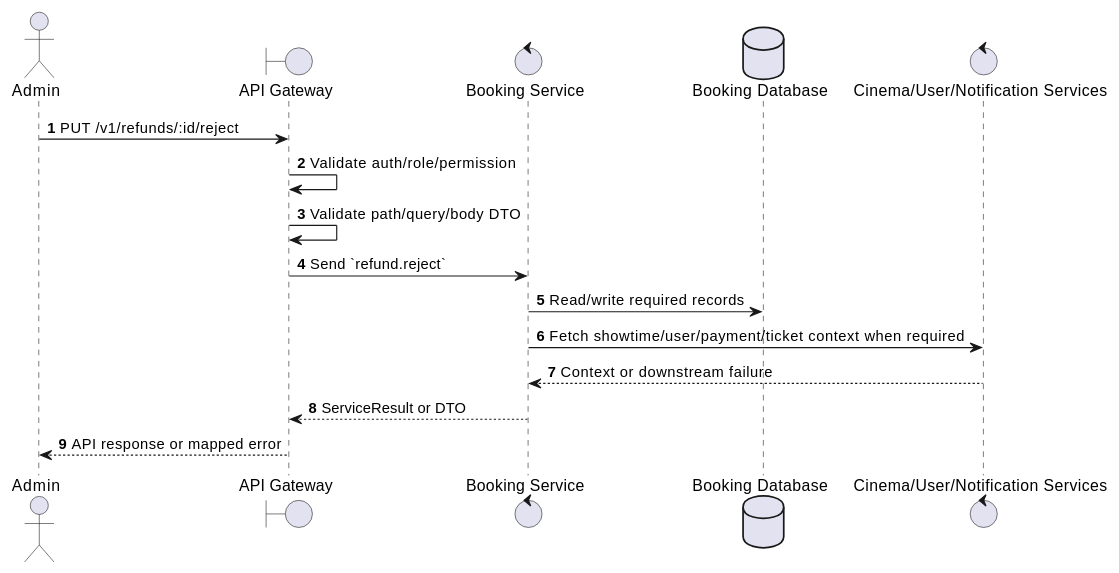
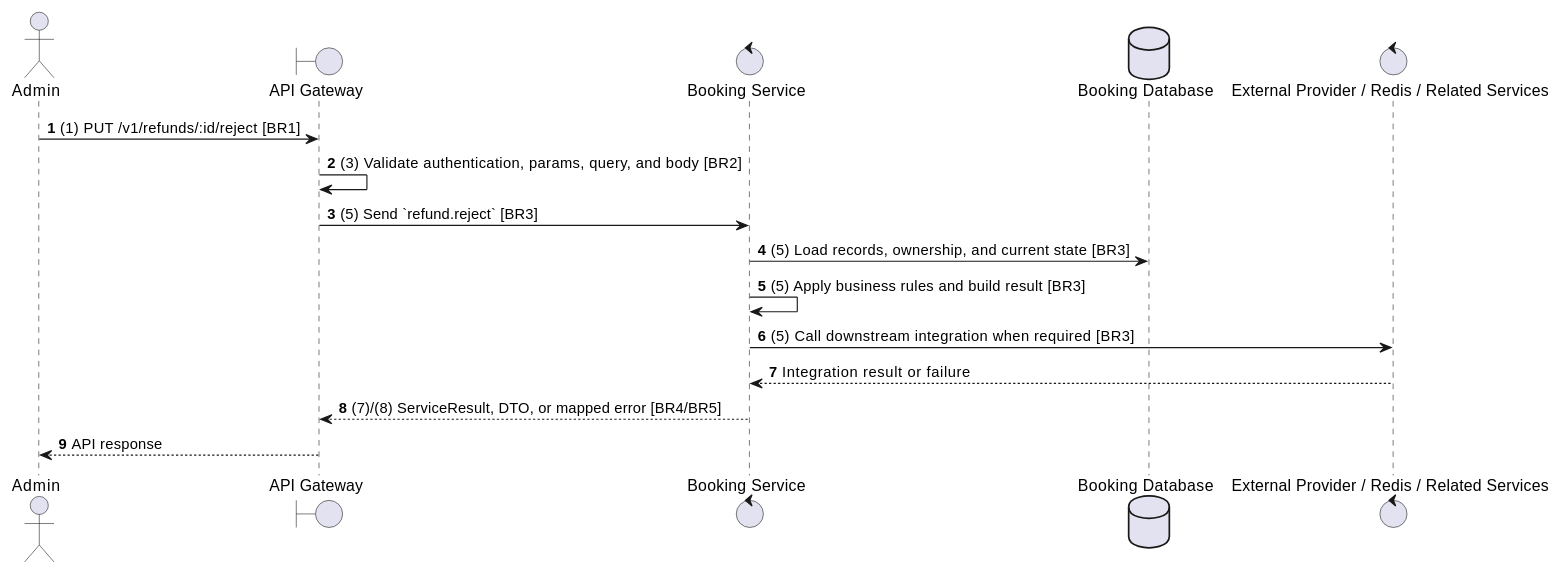
Before and after one commit to Tanh1603/movie-hub-architecture: the second of 2 diagrams in docs/functional_specs/3.8_Refund_Management_Module/RF-07_Reject_Refund.md, drawn with PlantUML. The commit also changed other lines of this file and 129 other files, not shown here.

````diff
--- a/docs/functional_specs/3.8_Refund_Management_Module/RF-07_Reject_Refund.md
+++ b/docs/functional_specs/3.8_Refund_Management_Module/RF-07_Reject_Refund.md
@@ -17,20 +64,20 @@
 ```plantuml
 @startuml
 autonumber
 actor "Admin" as Actor
 boundary "API Gateway" as GW
 control "Booking Service" as SVC
 database "Booking Database" as DB
-control "Cinema/User/Notification Services" as EXT
+control "External Provider / Redis / Related Services" as EXT
 
-Actor -> GW: PUT /v1/refunds/:id/reject
-GW -> GW: Validate auth/role/permission
-GW -> GW: Validate path/query/body DTO
-GW -> SVC: Send `refund.reject`
-SVC -> DB: Read/write required records
-SVC -> EXT: Fetch showtime/user/payment/ticket context when required
-EXT --> SVC: Context or downstream failure
-SVC --> GW: ServiceResult or DTO
-GW --> Actor: API response or mapped error
+Actor -> GW: (1) PUT /v1/refunds/:id/reject [BR1]
+GW -> GW: (3) Validate authentication, params, query, and body [BR2]
+GW -> SVC: (5) Send `refund.reject` [BR3]
+SVC -> DB: (5) Load records, ownership, and current state [BR3]
+SVC -> SVC: (5) Apply business rules and build result [BR3]
+SVC -> EXT: (5) Call downstream integration when required [BR3]
+EXT --> SVC: Integration result or failure
+SVC --> GW: (7)/(8) ServiceResult, DTO, or mapped error [BR4/BR5]
+GW --> Actor: API response
 @enduml
 ```
````
